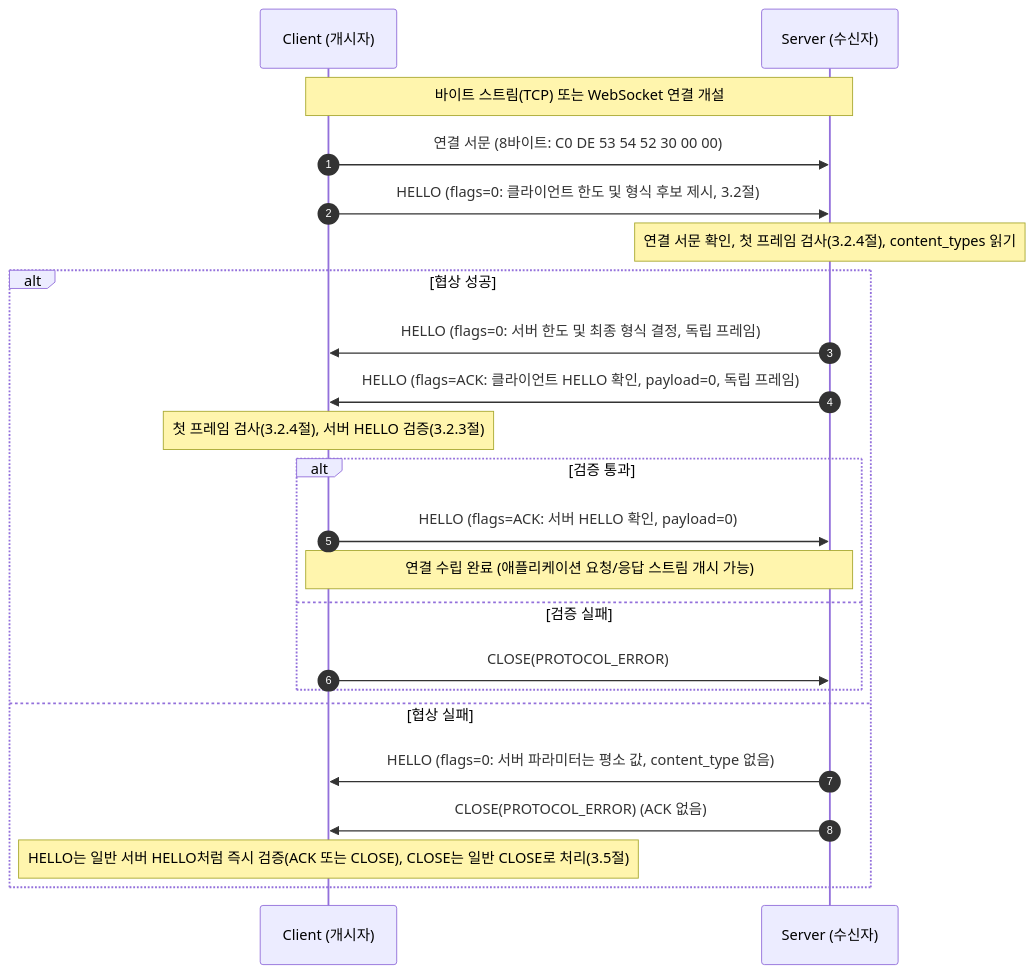
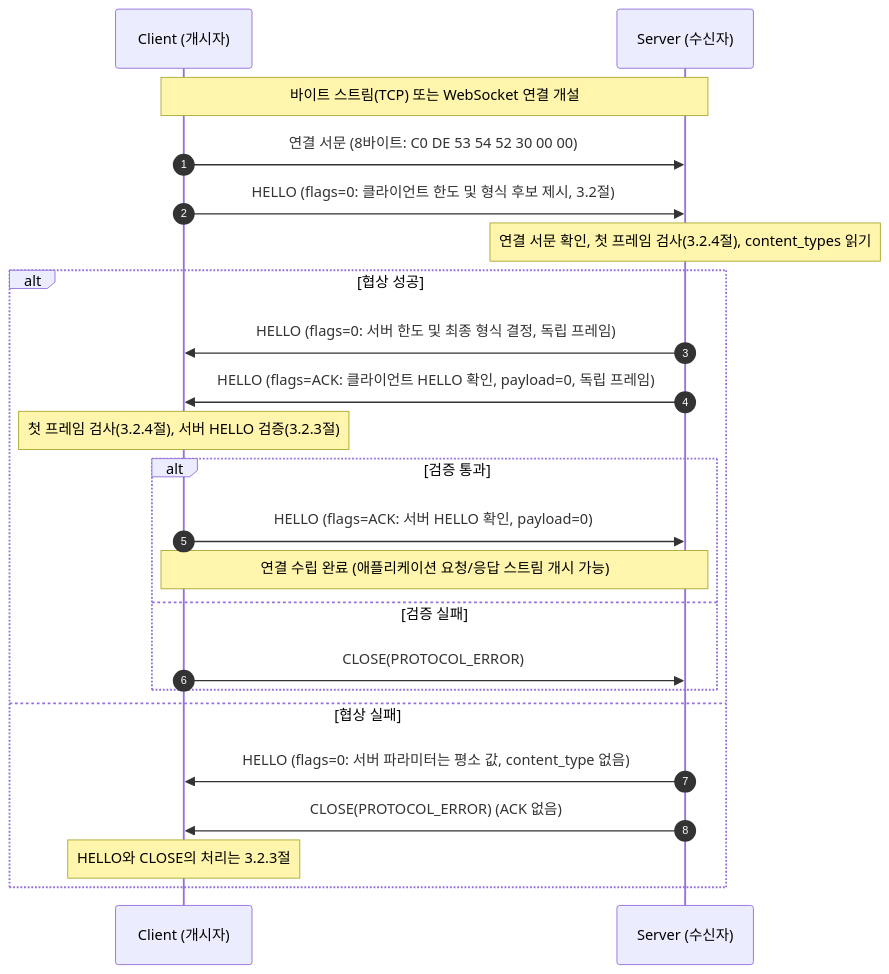
Before and after one commit to ppzxc/strand: the first of 3 diagrams in docs/specification/STRAND_SPECIFICATION.md, drawn with Mermaid. The commit also changed other lines of this file, not shown here.

Commit message:
docs: 협상 실패 HELLO 검증 규칙을 3.2.3절 한 곳에 정의하고 나머지는 참조로 줄임

````diff
--- a/docs/specification/STRAND_SPECIFICATION.md
+++ b/docs/specification/STRAND_SPECIFICATION.md
@@ -425,28 +425,28 @@
 ```mermaid
 sequenceDiagram
     autonumber
     participant C as Client (개시자)
     participant S as Server (수신자)
 
     Note over C,S: 바이트 스트림(TCP) 또는 WebSocket 연결 개설
     C->>S: 연결 서문 (8바이트: C0 DE 53 54 52 30 00 00)
     C->>S: HELLO (flags=0: 클라이언트 한도 및 형식 후보 제시, 3.2절)
 
     Note over S: 연결 서문 확인, 첫 프레임 검사(3.2.4절), content_types 읽기
     alt 협상 성공
         S->>C: HELLO (flags=0: 서버 한도 및 최종 형식 결정, 독립 프레임)
         S->>C: HELLO (flags=ACK: 클라이언트 HELLO 확인, payload=0, 독립 프레임)
 
         Note over C: 첫 프레임 검사(3.2.4절), 서버 HELLO 검증(3.2.3절)
         alt 검증 통과
             C->>S: HELLO (flags=ACK: 서버 HELLO 확인, payload=0)
             Note over C,S: 연결 수립 완료 (애플리케이션 요청/응답 스트림 개시 가능)
         else 검증 실패
             C->>S: CLOSE(PROTOCOL_ERROR)
         end
     else 협상 실패
         S->>C: HELLO (flags=0: 서버 파라미터는 평소 값, content_type 없음)
         S->>C: CLOSE(PROTOCOL_ERROR) (ACK 없음)
-        Note over C: HELLO는 일반 서버 HELLO처럼 즉시 검증(ACK 또는 CLOSE), CLOSE는 일반 CLOSE로 처리(3.5절)
+        Note over C: HELLO와 CLOSE의 처리는 3.2.3절
     end
 ```
````
